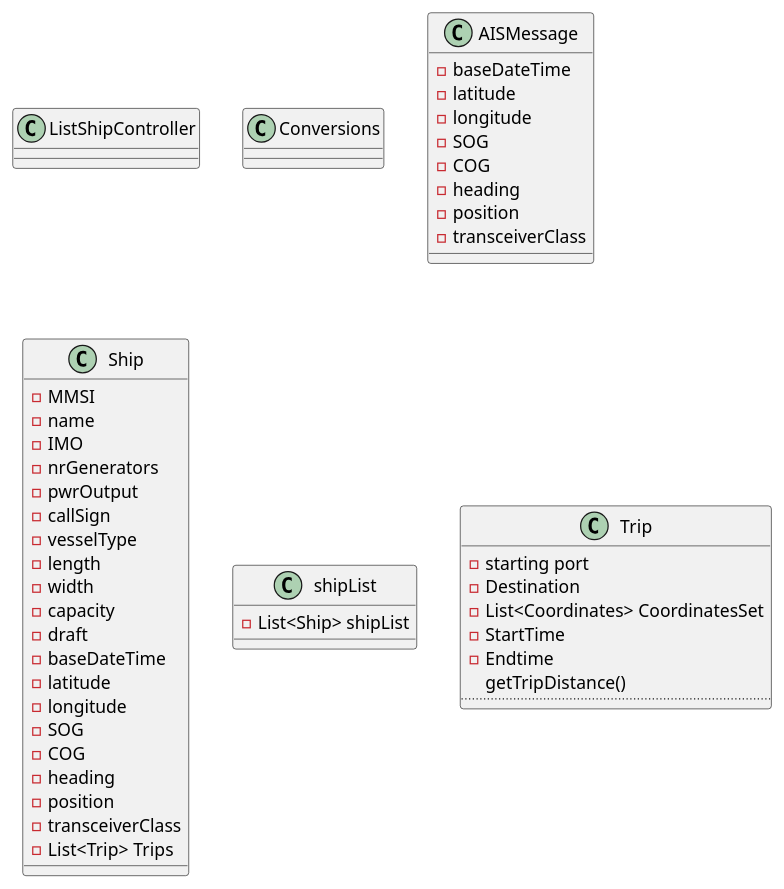
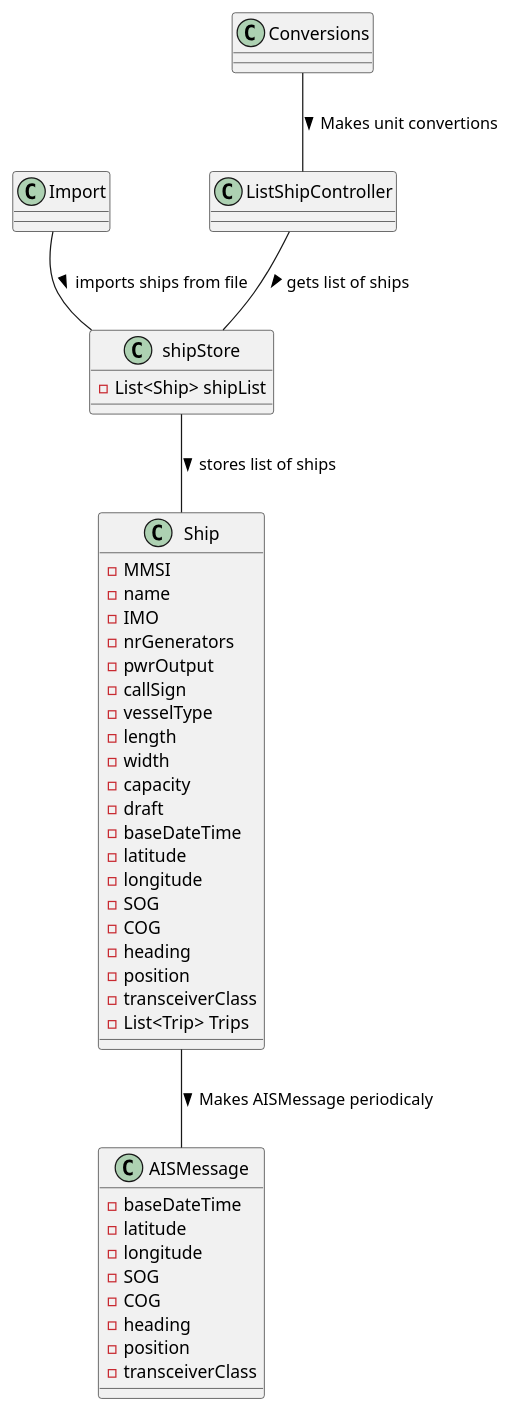
One commit to mpoboas/lapr3-2021-g102 changed the diagram in docs/Sprint1/US106/CD.puml. Above: the diagram before and after it, drawn with PlantUML. The commit also changed 7 other files, not shown here.

```diff
--- a/docs/Sprint1/US106/CD.puml
+++ b/docs/Sprint1/US106/CD.puml
@@ -1,50 +1,45 @@
 @startuml
 class ListShipController
 class Conversions
 class AISMessage{
 -baseDateTime
 -latitude
 -longitude
 -SOG
 -COG
 -heading
 -position
 -transceiverClass
 }
 class Ship {
 -MMSI
 -name
 -IMO
 -nrGenerators
 -pwrOutput
 -callSign
 -vesselType
 -length
 -width
 -capacity
 -draft
 -baseDateTime
 -latitude
 -longitude
 -SOG
 -COG
 -heading
 -position
 -transceiverClass
 -List<Trip> Trips
 }
-class shipList{
+class shipStore{
 -List<Ship> shipList
 }
-
-
-class Trip{
--starting port
--Destination
--List<Coordinates> CoordinatesSet
--StartTime
--Endtime
-getTripDistance()
-....
-}
+class Import
+Import  --  shipStore: imports ships from file >
+shipStore -- Ship : stores list of ships >
+Conversions -- ListShipController: Makes unit convertions >
+Ship -- AISMessage : Makes AISMessage periodicaly >
+ListShipController -- shipStore : gets list of ships >
 @enduml
```
